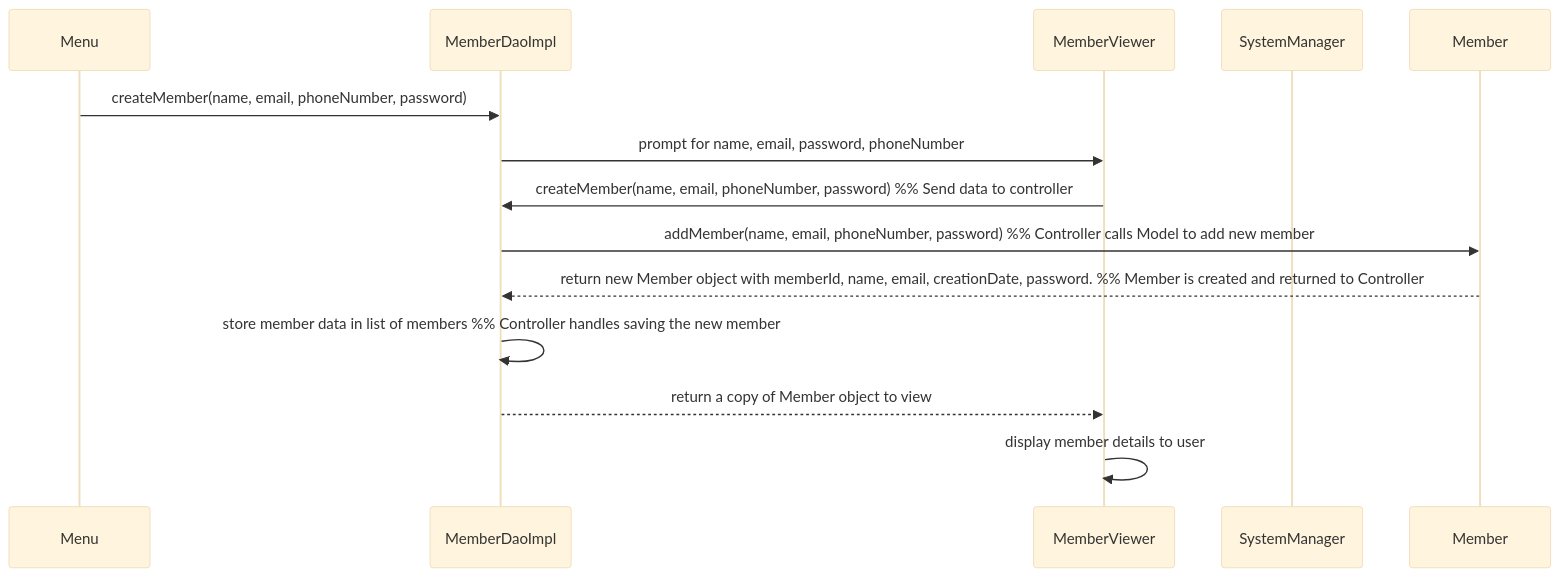
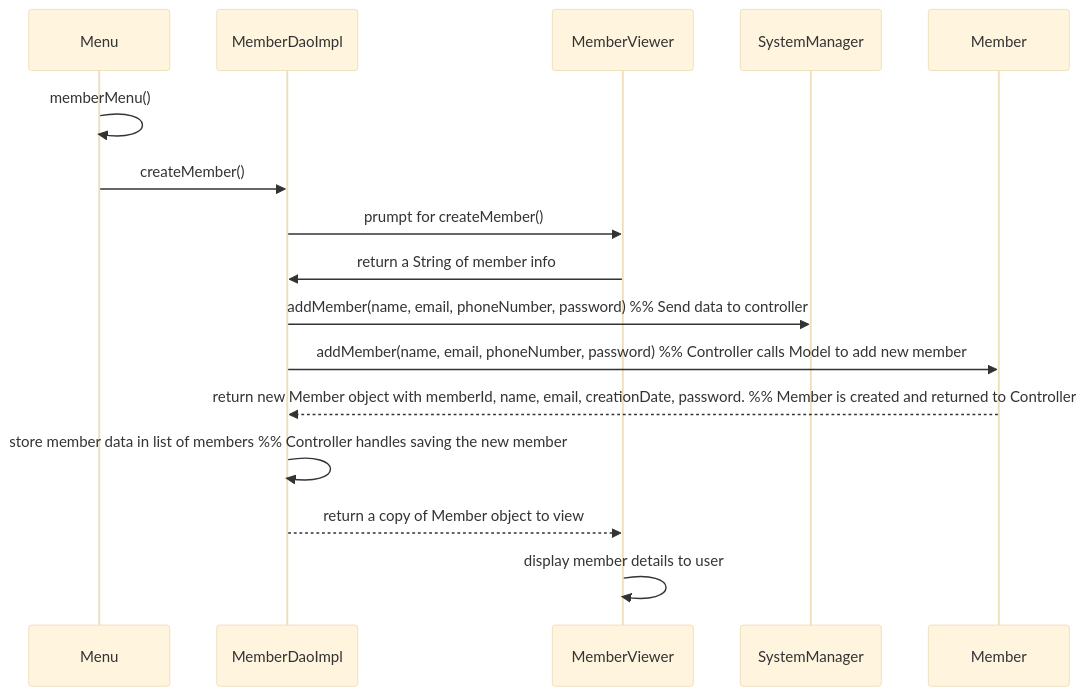
Before and after one commit to ashkar99/Stuff-Lending-System: the fifth of 5 diagrams in design.md, drawn with Mermaid (base theme).

Commit message:
Update file design.md

`````diff
--- a/design.md
+++ b/design.md
@@ -413,21 +413,23 @@
 ```mermaid
 sequenceDiagram
     participant Menu as Menu
     participant MC as MemberDaoImpl
     participant MV as MemberViewer
     participant SM as SystemManager
     participant M as Member
     
     %% Scenario: Add a new third member with user input and database interaction
-    Menu->>MC: createMember(name, email, phoneNumber, password)
-    MC->>MV: prompt for name, email, password, phoneNumber
-    MV->>MC: createMember(name, email, phoneNumber, password)  %% Send data to controller
+    Menu->>Menu: memberMenu()
+    Menu->>MC: createMember()
+    MC->>MV: prumpt for createMember()
+    MV->>MC: return a String of member info
+    MC->>SM: addMember(name, email, phoneNumber, password)  %% Send data to controller
 
     MC->>M: addMember(name, email, phoneNumber, password)   %% Controller calls Model to add new member
     M-->>MC: return new Member object with memberId, name, email, creationDate, password.  %% Member is created and returned to Controller
 
     MC->>MC: store member data in list of members  %% Controller handles saving the new member
     
     MC-->>MV: return a copy of Member object to view
     MV->>MV: display member details to user
 ````
`````
